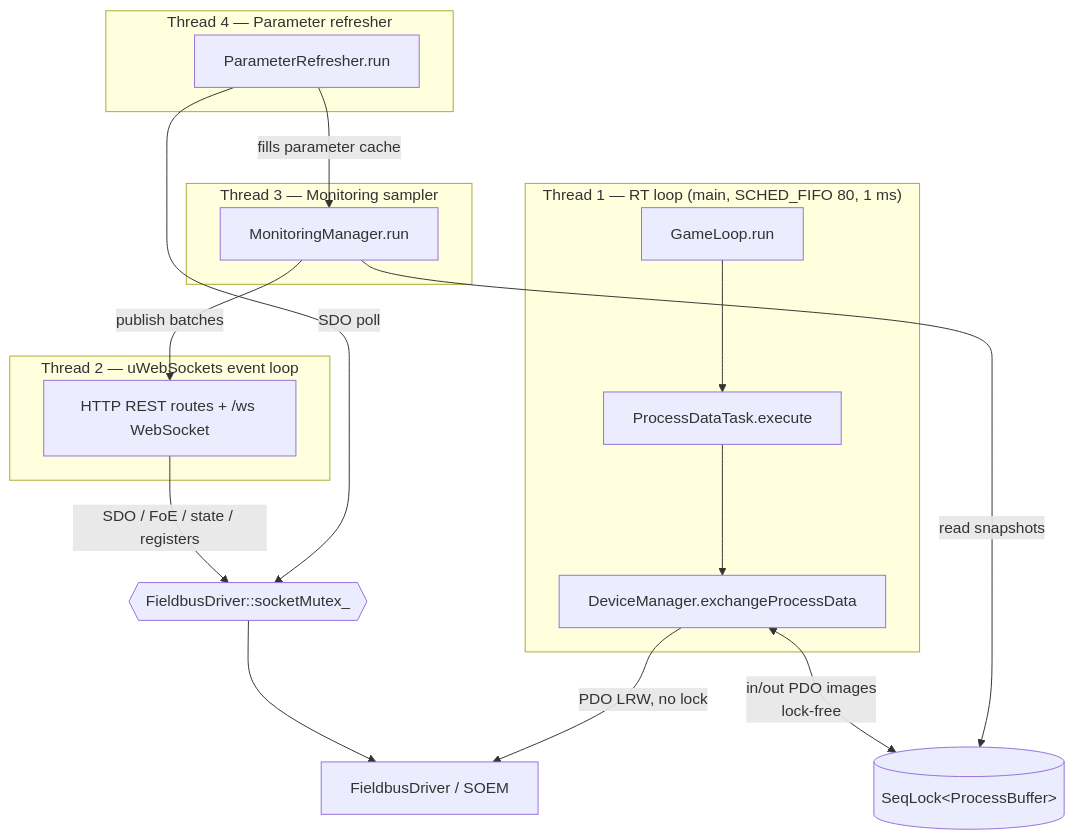
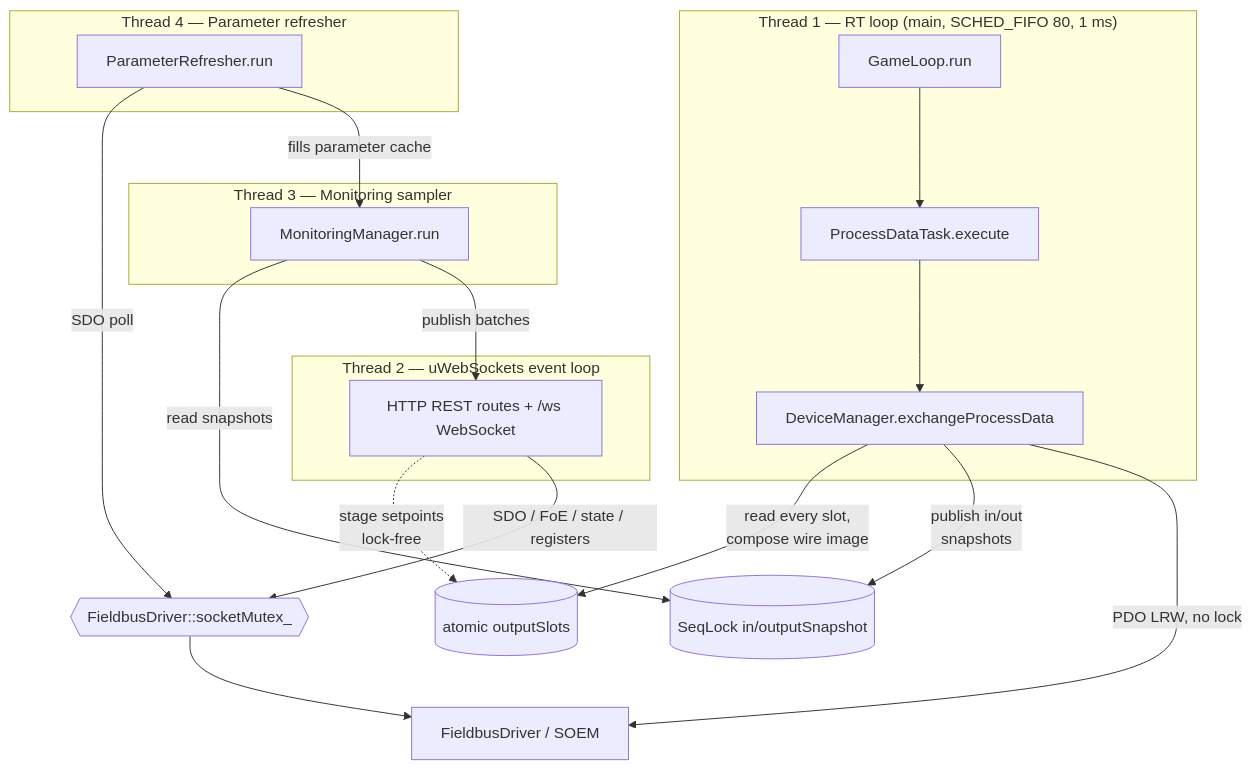
One commit to synapticon/motion-master changed the diagram in docs/THREADS.md. Above: the diagram before and after it, drawn with Mermaid. The commit also changed other lines of this file and 1 other file, not shown here.

First line of the commit message:
docs: sync class diagram + threading model with profile views and Design B

````diff
--- a/docs/THREADS.md
+++ b/docs/THREADS.md
@@ -14,25 +14,27 @@
 ```mermaid
 flowchart TB
     subgraph RT["Thread 1 — RT loop (main, SCHED_FIFO 80, 1 ms)"]
         GL[GameLoop.run] --> PDT[ProcessDataTask.execute]
         PDT --> EPD[DeviceManager.exchangeProcessData]
     end
     subgraph SRV["Thread 2 — uWebSockets event loop"]
         HTTP[HTTP REST routes + /ws WebSocket]
     end
     subgraph SAMP["Thread 3 — Monitoring sampler"]
         MS[MonitoringManager.run]
     end
     subgraph REF["Thread 4 — Parameter refresher"]
         PR[ParameterRefresher.run]
     end
 
-    EPD <-->|in/out PDO images<br/>lock-free| SEQ[(SeqLock&lt;ProcessBuffer&gt;)]
+    HTTP -.->|stage setpoints<br/>lock-free| SLOTS[(atomic outputSlots)]
+    EPD -->|read every slot,<br/>compose wire image| SLOTS
+    EPD -->|publish in/out<br/>snapshots| SEQ[(SeqLock in/outputSnapshot)]
     MS -->|read snapshots| SEQ
     HTTP -->|SDO / FoE / state / registers| SM{{FieldbusDriver::socketMutex_}}
     PR -->|SDO poll| SM
     SM --> DRV[FieldbusDriver / SOEM]
     EPD -->|PDO LRW, no lock| DRV
     MS -->|publish batches| HTTP
     PR -->|fills parameter cache| MS
 ```
````
